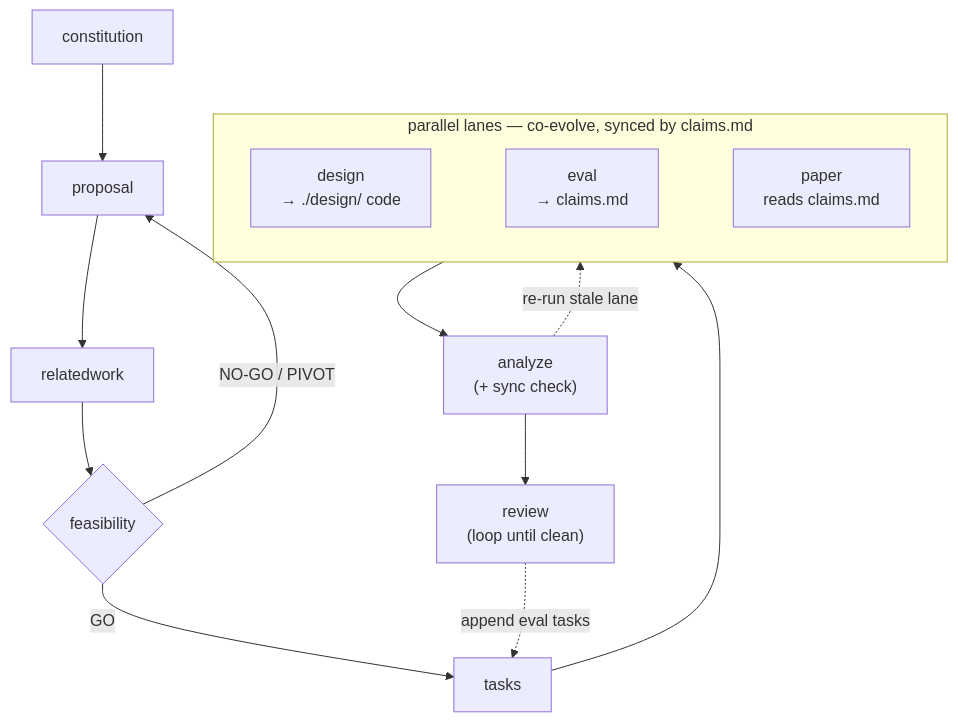
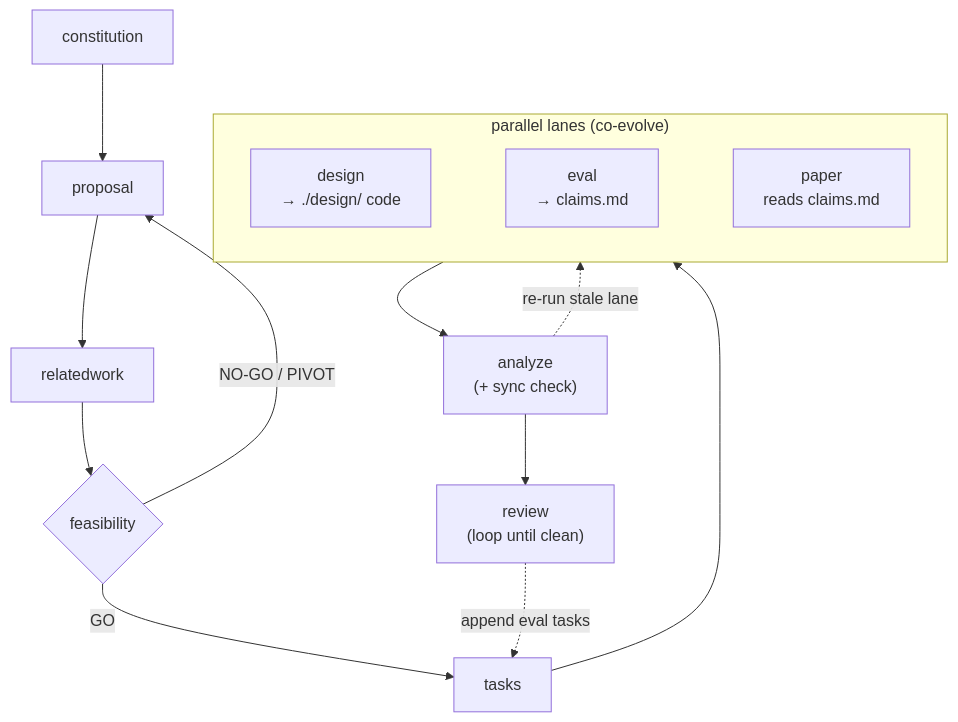
Before and after one commit to jiancui-research/research-kit: the diagram in docs/workflow.md, drawn with Mermaid.

Commit message:
docs: fix overclaiming mermaid label (claims.md syncs eval<->paper, not all 3 lanes)
The subgraph title said "synced by claims.md" for all three lanes, but claims.md
only links eval<->paper (eval writes verdicts, paper reads them). design connects
via tasks/design.md, and analyze is the actual cross-lane drift checker. Relabeled
to "parallel lanes (co-evolve)"; the node labels + analyze edge + prose already
describe the real mechanism.

````diff
--- a/docs/workflow.md
+++ b/docs/workflow.md
@@ -7,17 +7,17 @@
 ```mermaid
 flowchart TD
     C[constitution] --> P[proposal] --> RW[relatedwork] --> F{feasibility}
     F -->|"NO-GO / PIVOT"| P
     F -->|GO| T[tasks]
     T --> L
 
-    subgraph L["parallel lanes — co-evolve, synced by claims.md"]
+    subgraph L["parallel lanes (co-evolve)"]
         direction LR
         D["design<br/>→ ./design/ code"] ~~~ E["eval<br/>→ claims.md"] ~~~ PA["paper<br/>reads claims.md"]
     end
 
     L --> AN["analyze<br/>(+ sync check)"]
     AN -.->|"re-run stale lane"| L
     AN --> RV["review<br/>(loop until clean)"]
     RV -.->|"append eval tasks"| T
 ```
````
